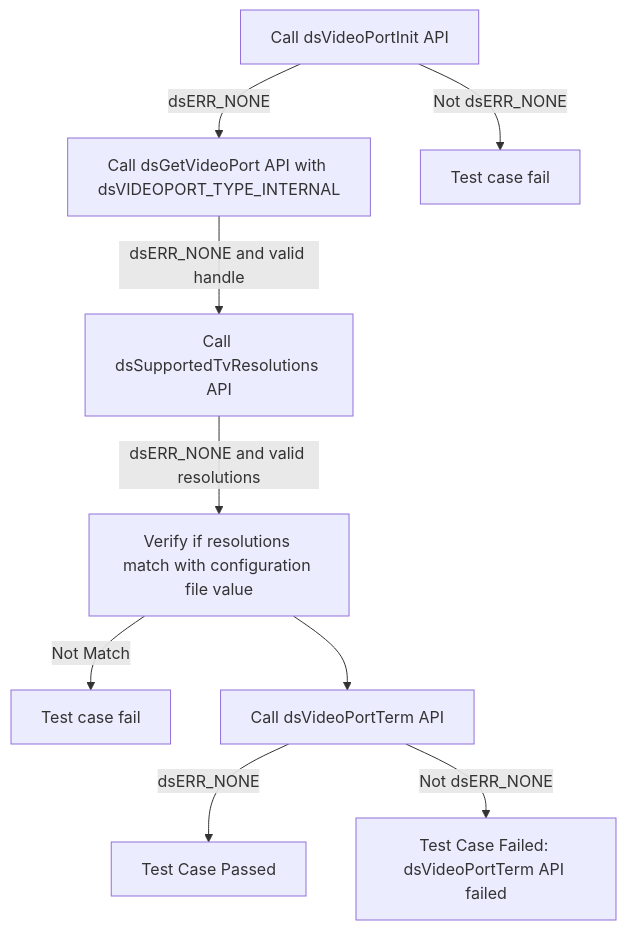
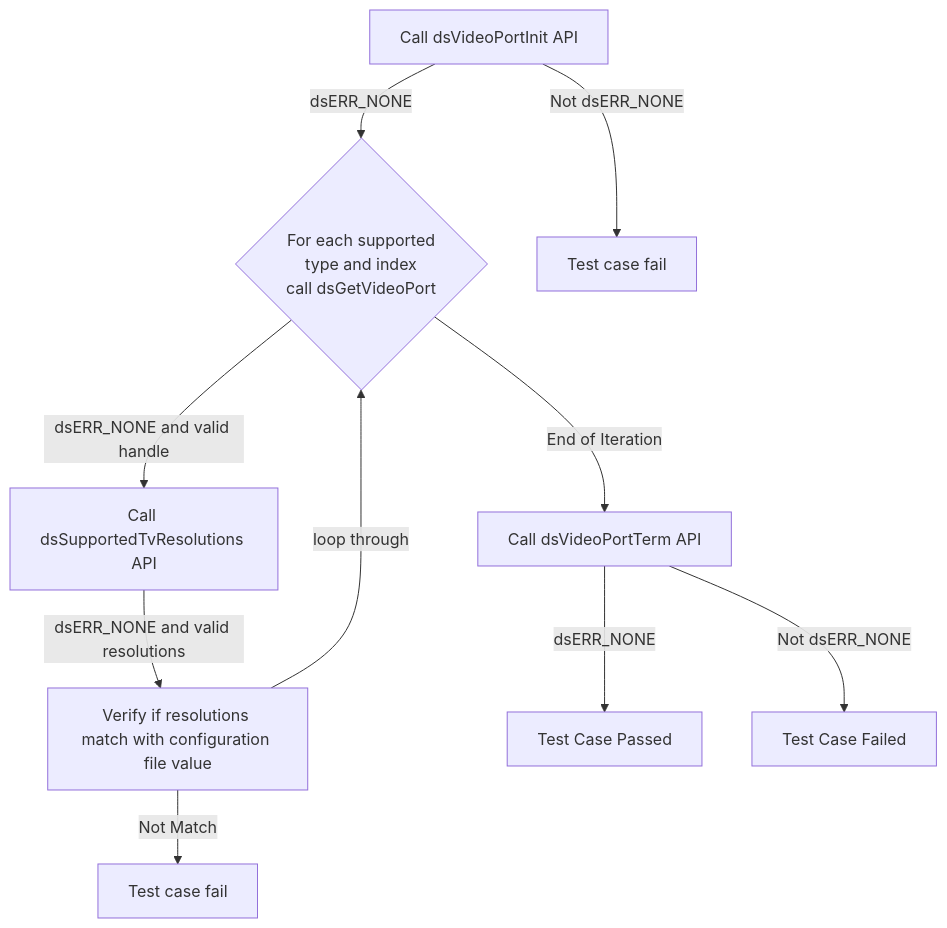
The fifth of 15 diagrams in docs/pages/ds-video-port_L2_Low-Level_TestSpecification.md (rdkcentral/rdk-halif-test-device_settings), drawn with Mermaid before and after one commit. The commit also changed other lines of this file and 13 other files, not shown here.

Commit message:
gh #14 Update test case and configuration

````diff
--- a/docs/pages/ds-video-port_L2_Low-Level_TestSpecification.md
+++ b/docs/pages/ds-video-port_L2_Low-Level_TestSpecification.md
@@ -246,12 +244,13 @@
 ```mermaid
 graph TB
     Step1[Call dsVideoPortInit API]
-    Step1 -- dsERR_NONE --> Step2[Call dsGetVideoPort API with dsVIDEOPORT_TYPE_INTERNAL]
+    Step1 -- dsERR_NONE --> Step2{For each supported<br> type and index <br> call dsGetVideoPort}
     Step1 -- Not dsERR_NONE --> Fail1[Test case fail]
     Step2 -- dsERR_NONE and valid handle --> Step3[Call dsSupportedTvResolutions API]
     Step3 -- dsERR_NONE and valid resolutions --> Step4[Verify if resolutions match with configuration file value]
+    Step4 -->|loop through | Step2
     Step4 -- Not Match --> Fail2[Test case fail]
-    Step4 --> Step5[Call dsVideoPortTerm API]
+    Step2 -->|End of Iteration| Step5[Call dsVideoPortTerm API]
     Step5 -- dsERR_NONE --> End[Test Case Passed]
-    Step5 -- Not dsERR_NONE --> Fail5[Test Case Failed: dsVideoPortTerm API failed]
+    Step5 -- Not dsERR_NONE --> Fail5[Test Case Failed]
 ```
````
